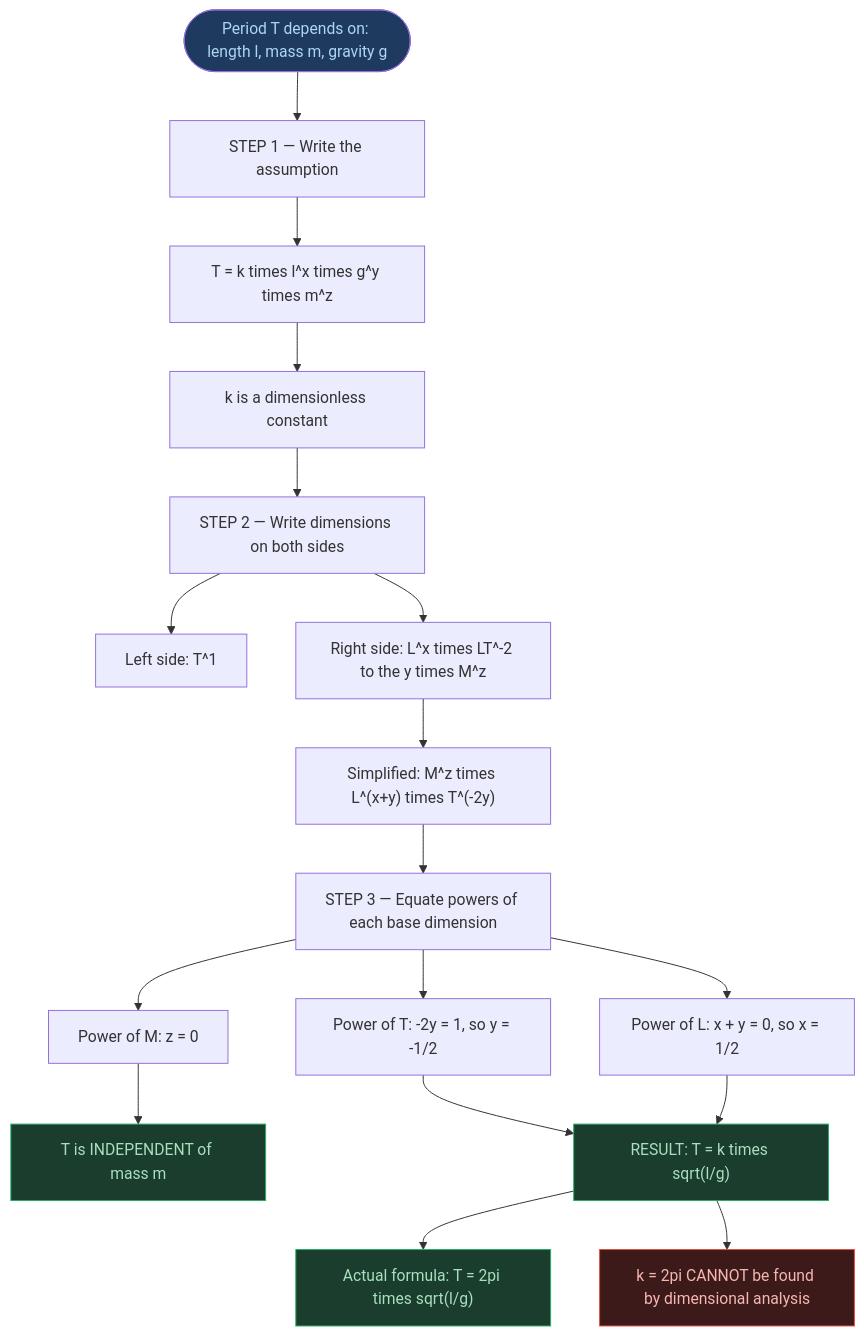
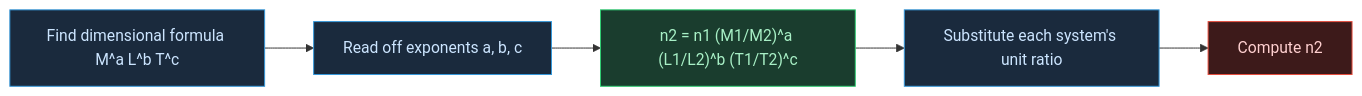
Before and after one commit to fsr-science/NCERT-Science: the seventh of 7 diagrams in AI-NOTES/PHYSICS/PHYSICS01-UNITS_AND_MEASUREMENTS/PHYSICS01-UNITS_AND_MEASUREMENTS-CNOTES.md, drawn with Mermaid. The commit also changed other lines of this file and 8 other files, not shown here.

````diff
--- a/AI-NOTES/PHYSICS/PHYSICS01-UNITS_AND_MEASUREMENTS/PHYSICS01-UNITS_AND_MEASUREMENTS-CNOTES.md
+++ b/AI-NOTES/PHYSICS/PHYSICS01-UNITS_AND_MEASUREMENTS/PHYSICS01-UNITS_AND_MEASUREMENTS-CNOTES.md
@@ -328,31 +517,13 @@
 ```mermaid
-flowchart TD
-    S1(["Period T depends on: length l, mass m, gravity g"])
+flowchart LR
+    A["Find dimensional formula M^a L^b T^c"] --> B["Read off exponents a, b, c"]
+    B --> C["n2 = n1 (M1/M2)^a (L1/L2)^b (T1/T2)^c"]
+    C --> D["Substitute each system's unit ratio"]
+    D --> E["Compute n2"]
 
-    S1 --> S2["STEP 1 — Write the assumption"]
-    S2 --> S2A["T = k times l^x times g^y times m^z"]
-    S2A --> S2B["k is a dimensionless constant"]
-
-    S2B --> S3["STEP 2 — Write dimensions on both sides"]
-    S3 --> S3A["Left side: T^1"]
-    S3 --> S3B["Right side: L^x times LT^-2 to the y times M^z"]
-    S3B --> S3C["Simplified: M^z times L^(x+y) times T^(-2y)"]
-
-    S3C --> S4["STEP 3 — Equate powers of each base dimension"]
-    S4 --> EQ1["Power of M: z = 0"]
-    S4 --> EQ2["Power of T: -2y = 1, so y = -1/2"]
-    S4 --> EQ3["Power of L: x + y = 0, so x = 1/2"]
-
-    EQ1 --> R1["T is INDEPENDENT of mass m"]
-    EQ2 --> RESULT["RESULT: T = k times sqrt(l/g)"]
-    EQ3 --> RESULT
-
-    RESULT --> OK["Actual formula: T = 2pi times sqrt(l/g)"]
-    RESULT --> CANT["k = 2pi CANNOT be found by dimensional analysis"]
-
-    style S1 fill:#1e3a5f,color:#aed6f1
-    style RESULT fill:#1a3d2e,color:#a9dfbf,stroke:#27ae60
-    style OK fill:#1a3d2e,color:#a9dfbf,stroke:#27ae60
-    style CANT fill:#3d1a1a,color:#f5b7b1,stroke:#e74c3c
-    style R1 fill:#1a3d2e,color:#a9dfbf,stroke:#27ae60
+    style A fill:#1a2a3d,color:#cce5ff,stroke:#3498db
+    style B fill:#1a2a3d,color:#cce5ff,stroke:#3498db
+    style C fill:#1a3d2e,color:#a8f0c6,stroke:#2ecc71
+    style D fill:#1a2a3d,color:#cce5ff,stroke:#3498db
+    style E fill:#3d1a1a,color:#ffd0d0,stroke:#e74c3c
 ```
````
